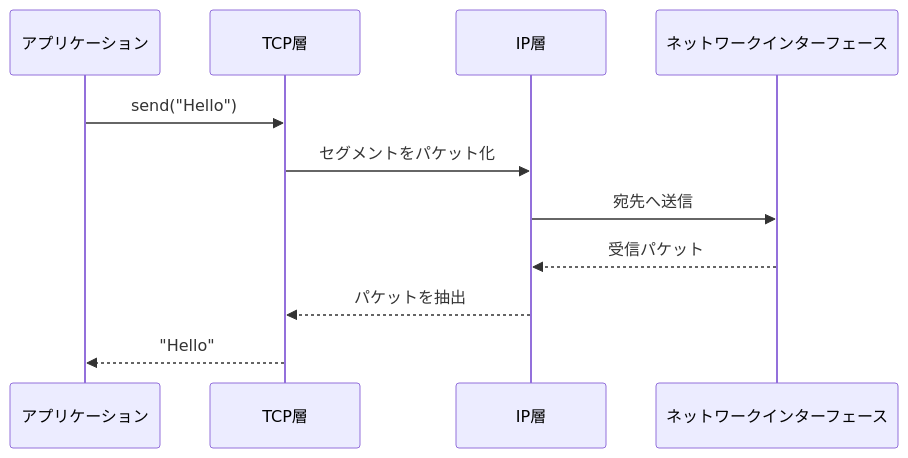
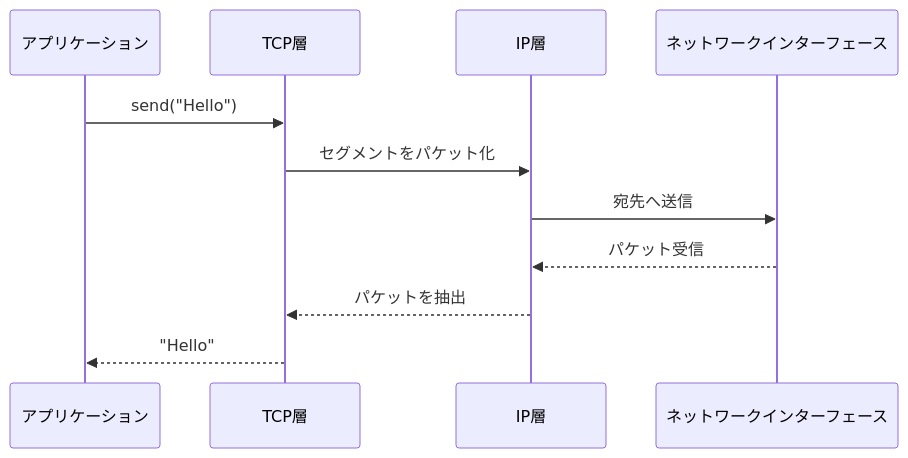
One commit to yuki-noguchi/obenkyo-slide changed the fourth of 4 diagrams in markdown/tcp-ip.md. Above: the diagram before and after it, drawn with Mermaid. The commit also changed other lines of this file, not shown here.

````diff
--- a/markdown/tcp-ip.md
+++ b/markdown/tcp-ip.md
@@ -92,14 +110,14 @@
 ```mermaid
 sequenceDiagram
   participant App as アプリケーション
   participant TCP as TCP層
   participant IP as IP層
   participant NIC as ネットワークインターフェース
 
   App->>TCP: send("Hello")
   TCP->>IP: セグメントをパケット化
   IP->>NIC: 宛先へ送信
-  NIC-->>IP: 受信パケット
+  NIC-->>IP: パケット受信
   IP-->>TCP: パケットを抽出
   TCP-->>App: "Hello"
 ```
````
